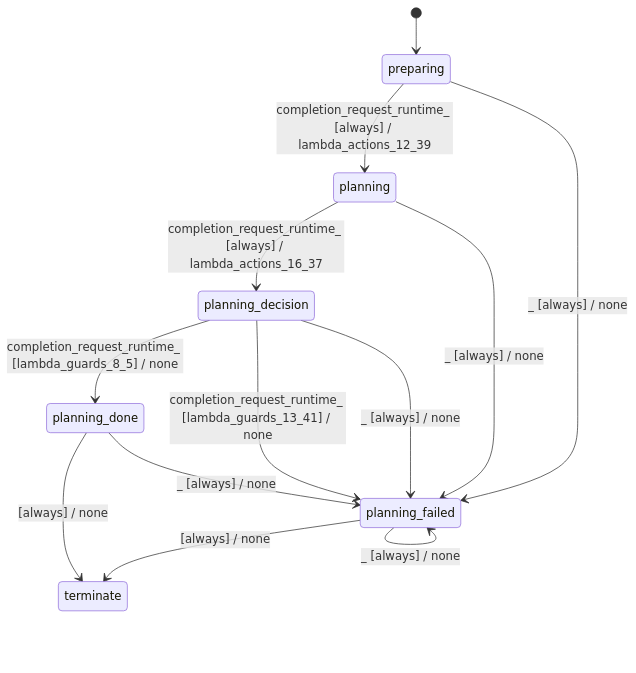
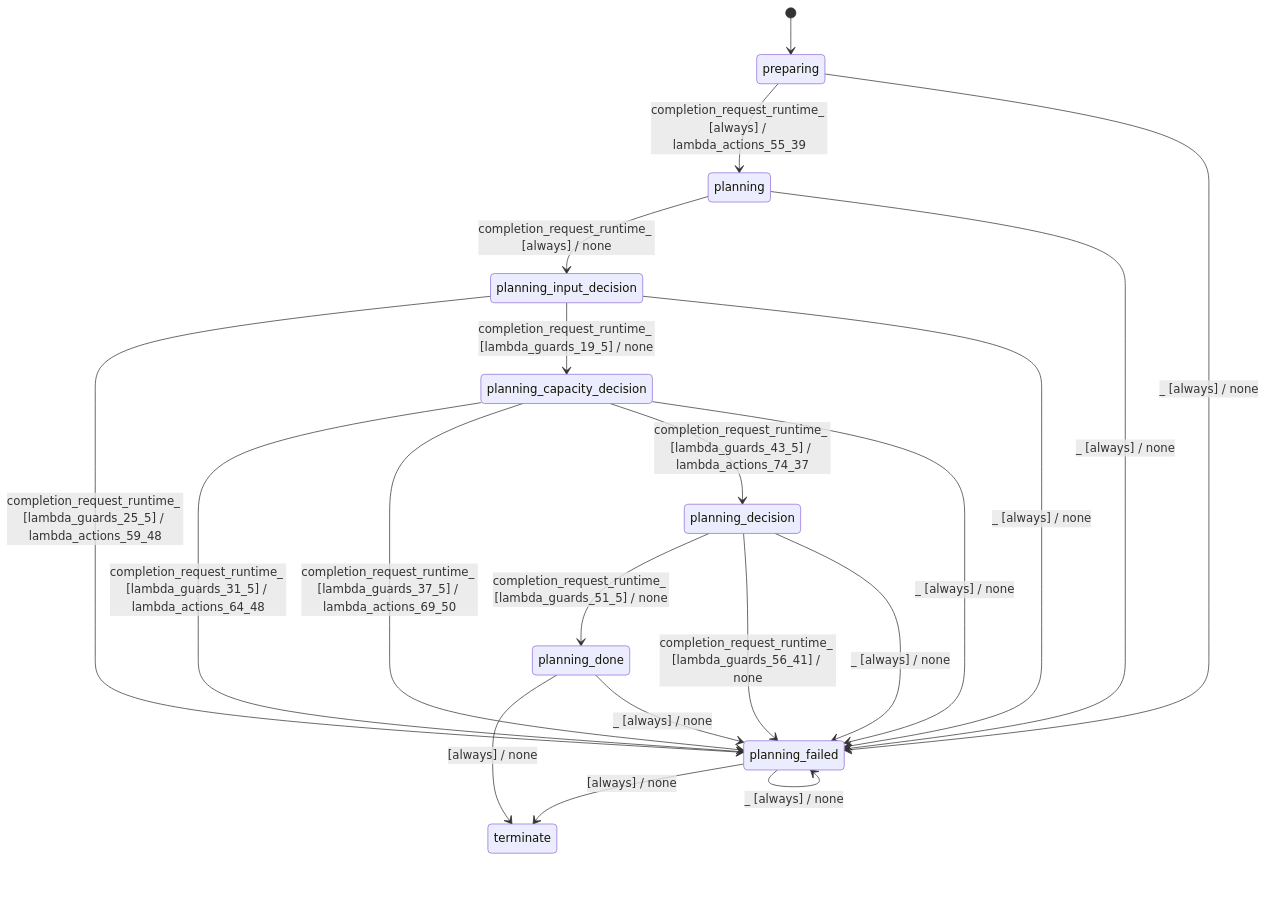
Before and after one commit to stateforward/emel.cpp: the diagram in docs/architecture/mermaid/batch_planner_modes_sequential.mmd, drawn with Mermaid. The commit also changed 104 other files, not shown here.

```diff
--- a/docs/architecture/mermaid/batch_planner_modes_sequential.mmd
+++ b/docs/architecture/mermaid/batch_planner_modes_sequential.mmd
@@ -1,14 +1,21 @@
 stateDiagram-v2
   direction TB
   [*] --> preparing
-  preparing --> planning : completion_request_runtime_ [always] / lambda_actions_12_39
-  planning --> planning_decision : completion_request_runtime_ [always] / lambda_actions_16_37
-  planning_decision --> planning_done : completion_request_runtime_ [lambda_guards_8_5] / none
-  planning_decision --> planning_failed : completion_request_runtime_ [lambda_guards_13_41] / none
+  preparing --> planning : completion_request_runtime_ [always] / lambda_actions_55_39
+  planning --> planning_input_decision : completion_request_runtime_ [always] / none
+  planning_input_decision --> planning_failed : completion_request_runtime_ [lambda_guards_25_5] / lambda_actions_59_48
+  planning_input_decision --> planning_capacity_decision : completion_request_runtime_ [lambda_guards_19_5] / none
+  planning_capacity_decision --> planning_failed : completion_request_runtime_ [lambda_guards_31_5] / lambda_actions_64_48
+  planning_capacity_decision --> planning_failed : completion_request_runtime_ [lambda_guards_37_5] / lambda_actions_69_50
+  planning_capacity_decision --> planning_decision : completion_request_runtime_ [lambda_guards_43_5] / lambda_actions_74_37
+  planning_decision --> planning_done : completion_request_runtime_ [lambda_guards_51_5] / none
+  planning_decision --> planning_failed : completion_request_runtime_ [lambda_guards_56_41] / none
   planning_done --> terminate : [always] / none
   planning_failed --> terminate : [always] / none
   planning_done --> planning_failed : _ [always] / none
   planning_failed --> planning_failed : _ [always] / none
   preparing --> planning_failed : _ [always] / none
   planning --> planning_failed : _ [always] / none
+  planning_input_decision --> planning_failed : _ [always] / none
+  planning_capacity_decision --> planning_failed : _ [always] / none
   planning_decision --> planning_failed : _ [always] / none
```
